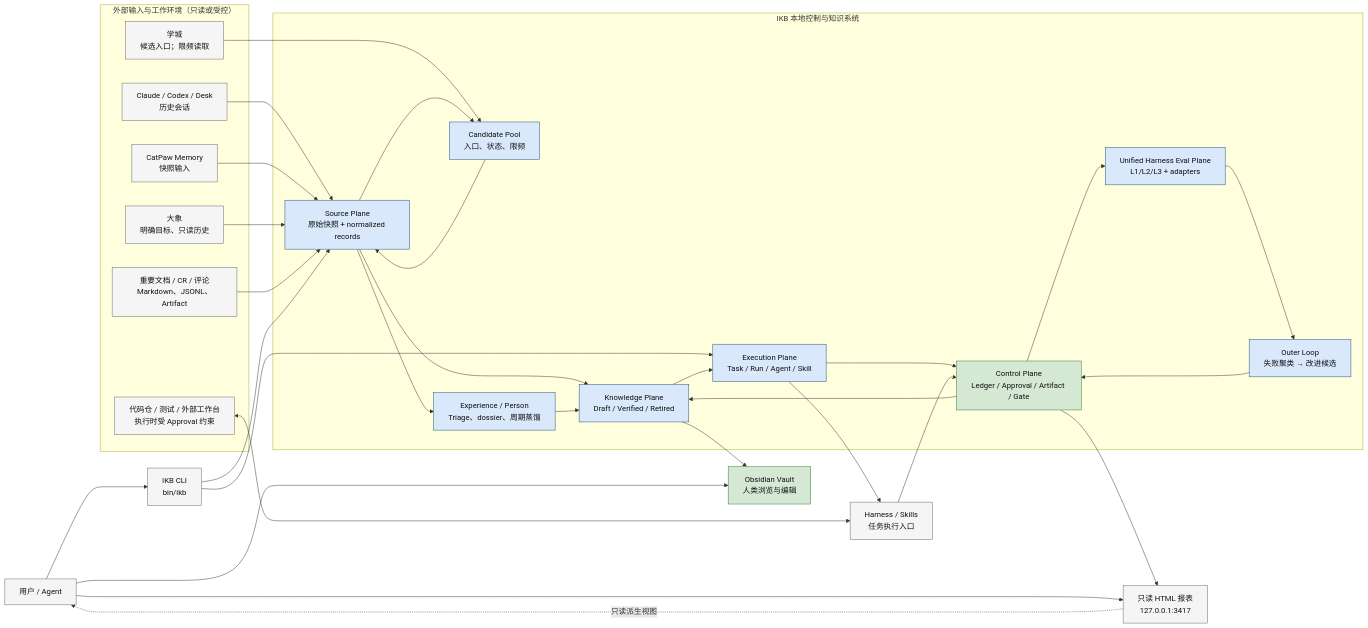
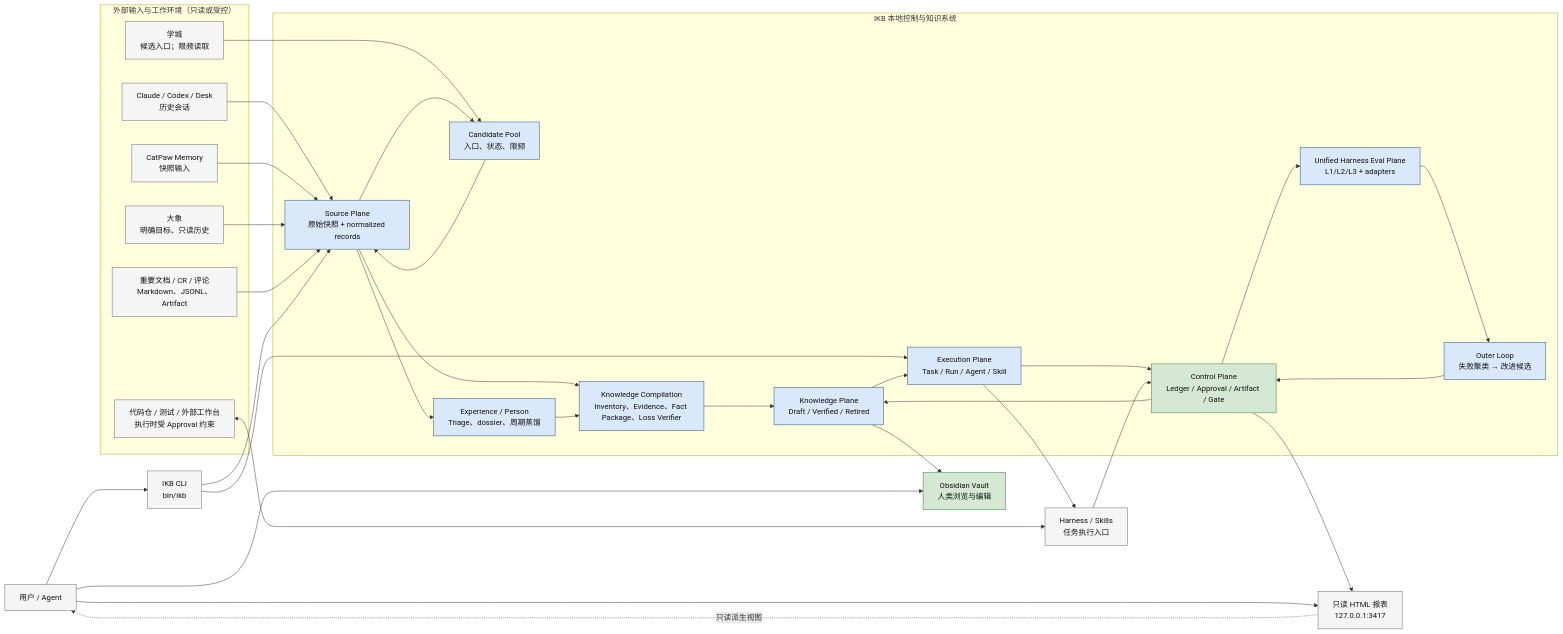
The first of 6 diagrams in docs/architecture-current.md (hongtewu-dotcom/ikb), drawn with Mermaid before and after one commit. The commit also changed other lines of this file and 192 other files, not shown here.

````diff
--- a/docs/architecture-current.md
+++ b/docs/architecture-current.md
@@ -51,63 +64,65 @@
 ```mermaid
 flowchart LR
     U["用户 / Agent"]
     O["Obsidian Vault\n人类浏览与编辑"]
     C["IKB CLI\nbin/ikb"]
     H["Harness / Skills\n任务执行入口"]
     R["只读 HTML 报表\n127.0.0.1:3417"]
 
     subgraph EXT["外部输入与工作环境（只读或受控）"]
       MEM["CatPaw Memory\n快照输入"]
       HIST["Claude / Codex / Desk\n历史会话"]
       ELE["大象\n明确目标、只读历史"]
       KM["学城\n候选入口；限频读取"]
       DOC["重要文档 / CR / 评论\nMarkdown、JSONL、Artifact"]
       WORK["代码仓 / 测试 / 外部工作台\n执行时受 Approval 约束"]
     end
 
     subgraph IKB["IKB 本地控制与知识系统"]
       SP["Source Plane\n原始快照 + normalized records"]
       CP["Candidate Pool\n入口、状态、限频"]
       XP["Experience / Person\nTriage、dossier、周期蒸馏"]
+      KC["Knowledge Compilation\nInventory、Evidence、Fact Package、Loss Verifier"]
       KP["Knowledge Plane\nDraft / Verified / Retired"]
       EP["Execution Plane\nTask / Run / Agent / Skill"]
       CTRL["Control Plane\nLedger / Approval / Artifact / Gate"]
       EV["Unified Harness Eval Plane\nL1/L2/L3 + adapters"]
       OUT["Outer Loop\n失败聚类 → 改进候选"]
     end
 
     U --> C
     U --> O
     U --> R
     HIST --> SP
     MEM --> SP
     ELE --> SP
     KM --> CP
     DOC --> SP
     WORK <--> H
     C --> SP
     C --> EP
     SP --> CP
     SP --> XP
-    SP --> KP
+    SP --> KC
+    XP --> KC
+    KC --> KP
     CP --> SP
-    XP --> KP
     KP --> EP
     EP --> CTRL
     EP --> H
     H --> CTRL
     CTRL --> EV
     EV --> OUT
     OUT --> CTRL
     CTRL --> R
     CTRL --> KP
     KP --> O
     R -."只读派生视图".-> U
 
     classDef plane fill:#dae8fc,stroke:#1b4f72,color:#111;
     classDef store fill:#d5e8d4,stroke:#2e7d32,color:#111;
     classDef external fill:#f5f5f5,stroke:#666,color:#111;
-    class SP,CP,XP,KP,EP,CTRL,EV,OUT plane;
+    class SP,CP,XP,KC,KP,EP,CTRL,EV,OUT plane;
     class O,CTRL store;
     class MEM,HIST,ELE,KM,DOC,WORK,U,C,H,R external;
 ```
````
